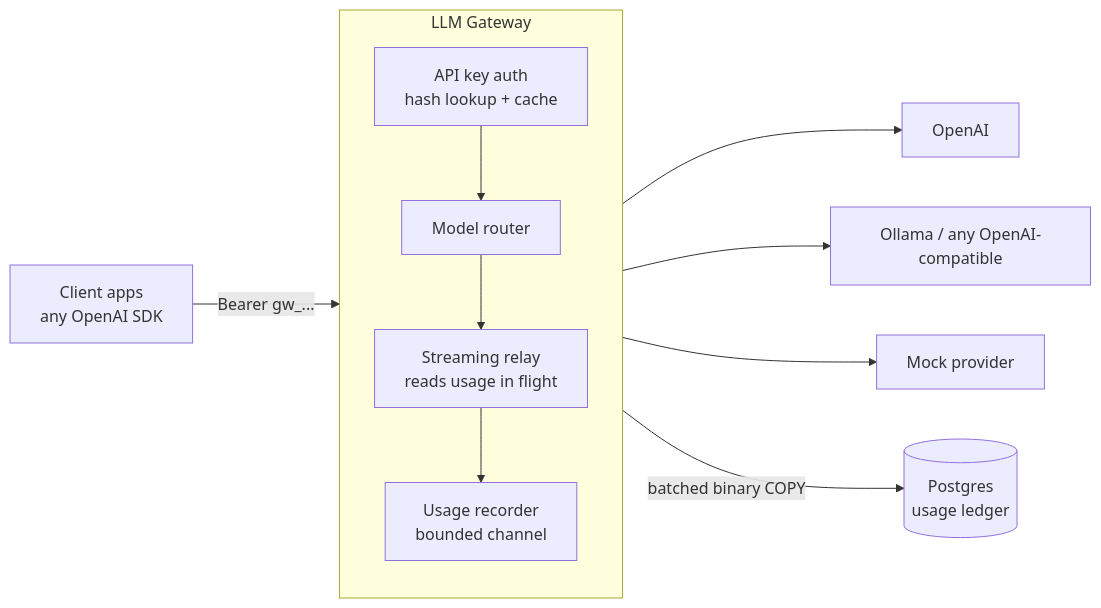
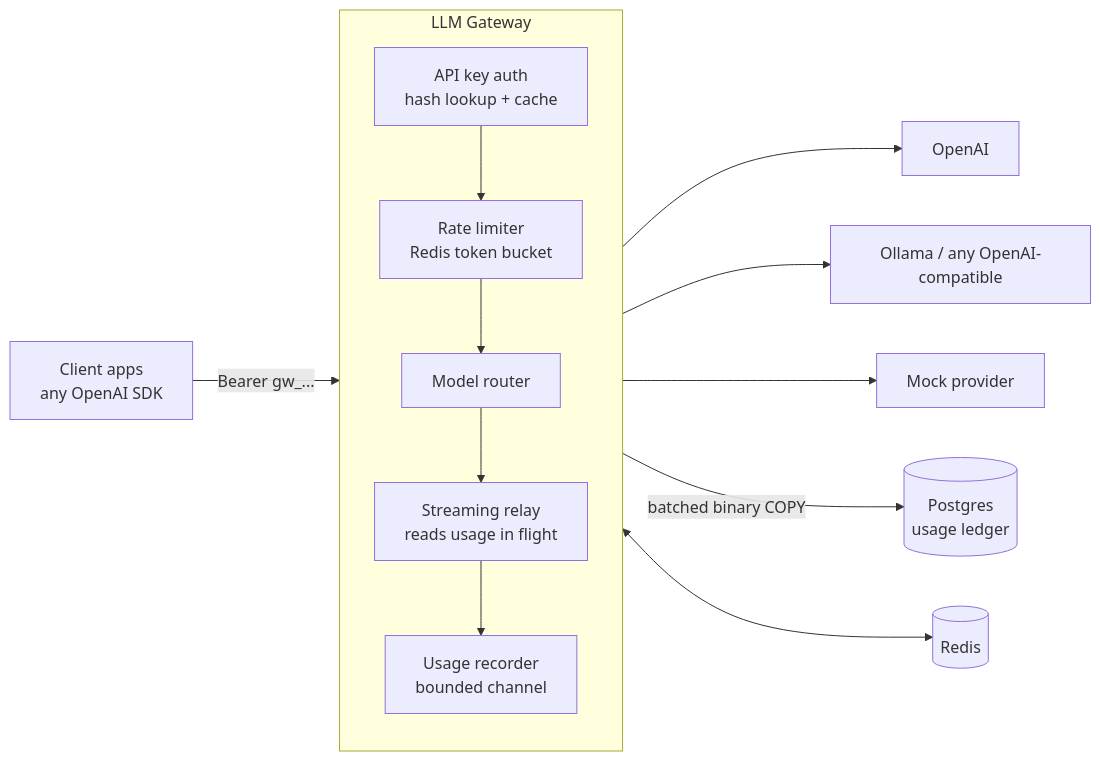
Before and after one commit to shubhiofficial-17/llm_gateway: the diagram in README.md, drawn with Mermaid. The commit also changed other lines of this file and 11 other files, not shown here.

Commit message:
Add per-team request rate limiting with Redis

````diff
--- a/README.md
+++ b/README.md
@@ -34,14 +35,16 @@
 ```mermaid
 flowchart LR
     A[Client apps<br/>any OpenAI SDK] -->|Bearer gw_...| G
     subgraph G[LLM Gateway]
         direction TB
-        Auth[API key auth<br/>hash lookup + cache] --> Route[Model router]
+        Auth[API key auth<br/>hash lookup + cache] --> RL[Rate limiter<br/>Redis token bucket]
+        RL --> Route[Model router]
         Route --> Relay[Streaming relay<br/>reads usage in flight]
         Relay --> Rec[Usage recorder<br/>bounded channel]
     end
     Route --> P1[OpenAI]
     Route --> P2[Ollama / any OpenAI-compatible]
     Route --> P3[Mock provider]
     Rec -->|batched binary COPY| DB[(Postgres<br/>usage ledger)]
+    RL <--> R[(Redis)]
 ```
````
